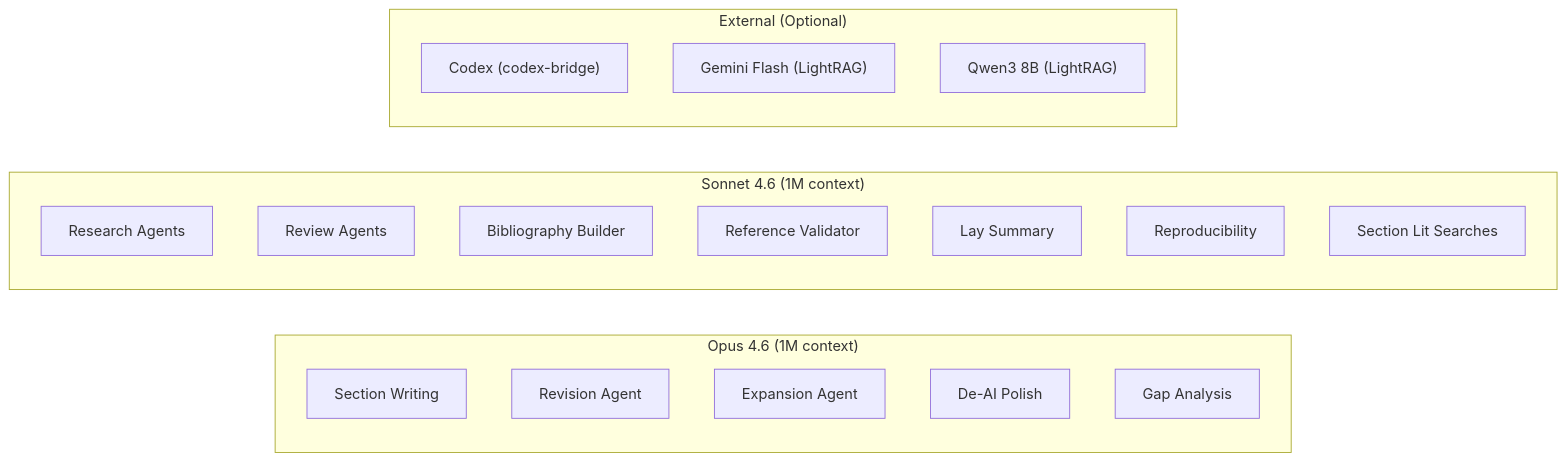
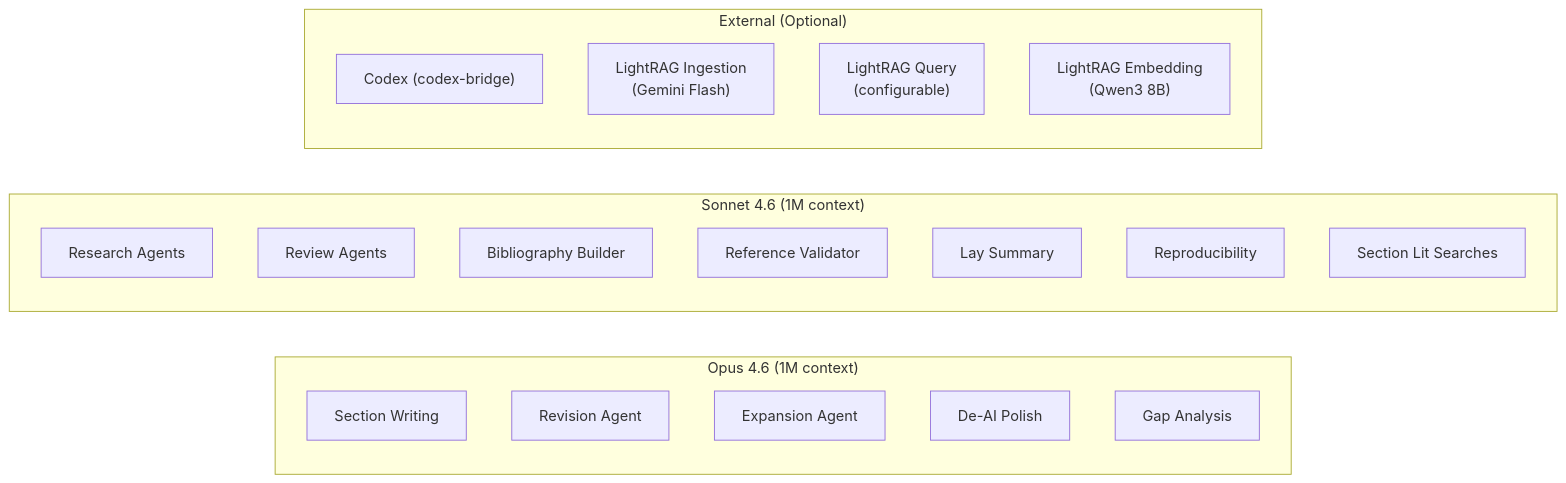
The third of 10 diagrams in docs/ARCHITECTURE.md (ndcorder/research-agent), drawn with Mermaid before and after one commit. The commit also changed other lines of this file and 12 other files, not shown here.

First line of the commit message:
docs: add knowledge graph reference, fix stale counts, rename confusing commands

````diff
--- a/docs/ARCHITECTURE.md
+++ b/docs/ARCHITECTURE.md
@@ -198,26 +205,27 @@
 ```mermaid
 graph LR
     subgraph "Opus 4.6 (1M context)"
         Writing["Section Writing"]
         Revision["Revision Agent"]
         Expansion["Expansion Agent"]
         DeAI2["De-AI Polish"]
         GapAgent["Gap Analysis"]
     end
 
     subgraph "Sonnet 4.6 (1M context)"
         Research["Research Agents"]
         Review["Review Agents"]
         BibBuild2["Bibliography Builder"]
         RefVal["Reference Validator"]
         LaySummary["Lay Summary"]
         Repro["Reproducibility"]
         SectionLit["Section Lit Searches"]
     end
 
     subgraph "External (Optional)"
         CodexExt["Codex (codex-bridge)"]
-        Gemini["Gemini Flash (LightRAG)"]
-        Qwen["Qwen3 8B (LightRAG)"]
+        LightRAGIngest["LightRAG Ingestion\n(Gemini Flash)"]
+        LightRAGQuery["LightRAG Query\n(configurable)"]
+        LightRAGEmbed["LightRAG Embedding\n(Qwen3 8B)"]
     end
 ```
````
